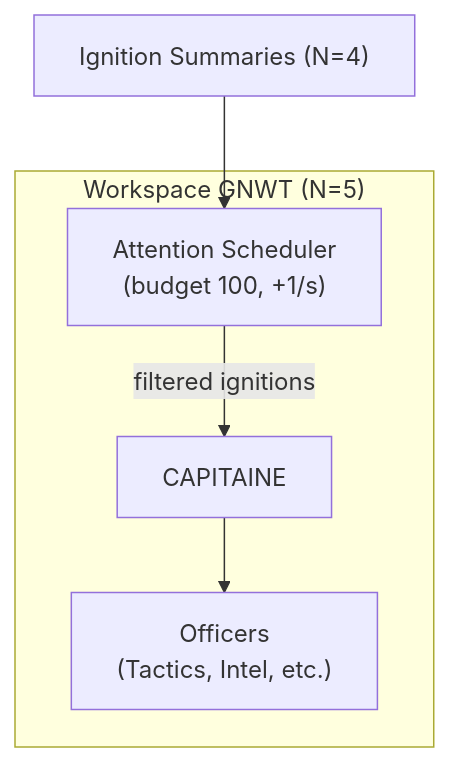
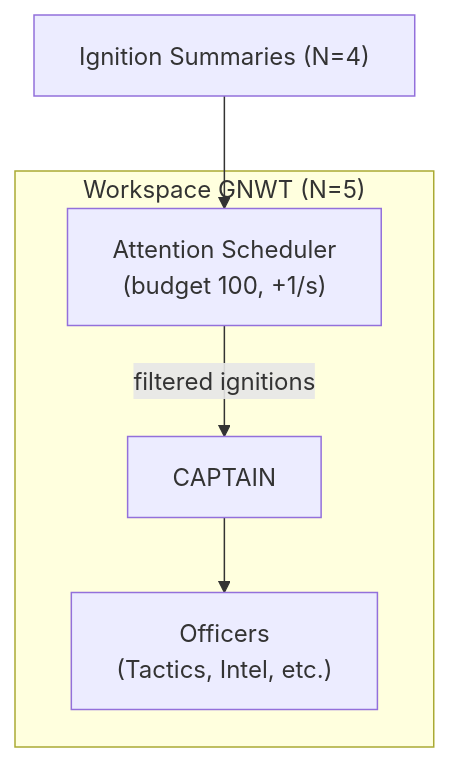
The fifth of 9 diagrams in architecture/architecture.md (AlainCo/GNWT-Garrigue-X-en), drawn with Mermaid before and after one commit. The commit also changed other lines of this file and 21 other files, not shown here.

````diff
--- a/architecture/architecture.md
+++ b/architecture/architecture.md
@@ -101,12 +101,12 @@
 ```mermaid
 flowchart TD
     subgraph Workspace ["Workspace GNWT (N=5)"]
         Sched["Attention Scheduler\n(budget 100, +1/s)"]
-        Capitaine["CAPITAINE"]
+        Capitaine["CAPTAIN"]
         Officiers["Officers\n(Tactics, Intel, etc.)"]
     end
 
     SousN4["Ignition Summaries (N=4)"] --> Sched
     Sched -->|"filtered ignitions"| Capitaine
     Capitaine --> Officiers
 ```
````
